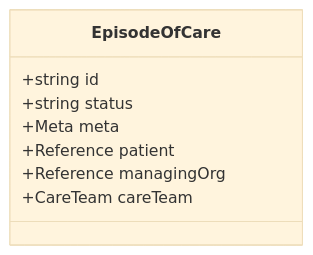
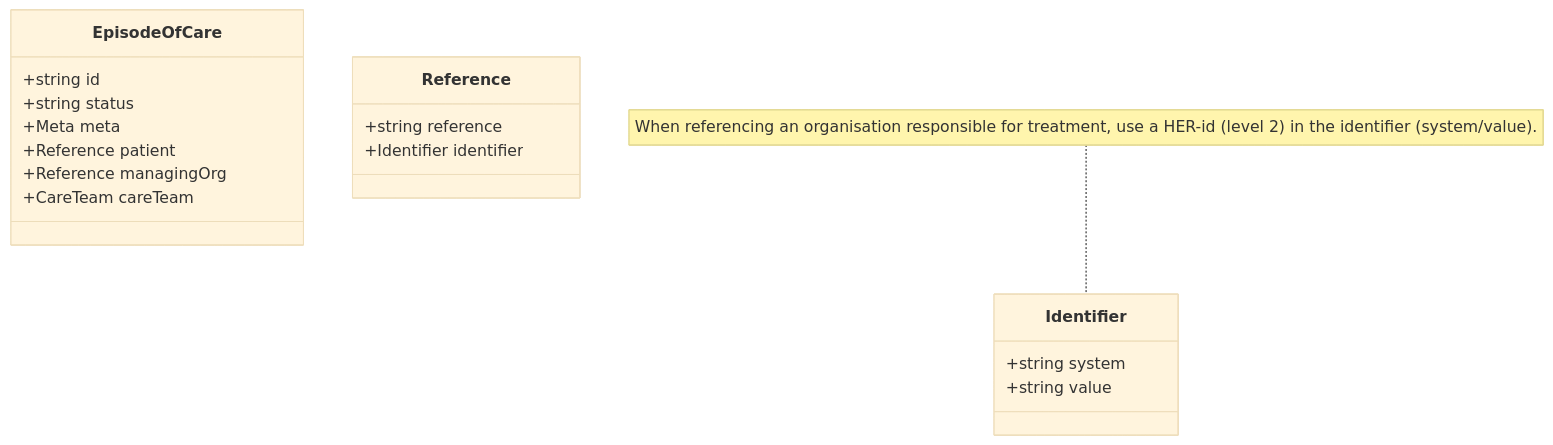
Before and after one commit to richardmax-visma/DigiHealth_Documentation: the diagram in APIs/Helsekontakt/AMQP Notifikasjon Helsekontakt/Classes/EpisodeOfCare.mmd, drawn with Mermaid (base theme). The commit also changed other lines of this file and 4 other files, not shown here.

````diff
--- a/APIs/Helsekontakt/AMQP Notifikasjon Helsekontakt/Classes/EpisodeOfCare.mmd
+++ b/APIs/Helsekontakt/AMQP Notifikasjon Helsekontakt/Classes/EpisodeOfCare.mmd
@@ -1,9 +1,24 @@
+```mermaid
 classDiagram
 class EpisodeOfCare {
   +string id
   +string status
   +Meta meta
   +Reference patient
   +Reference managingOrg
   +CareTeam careTeam
 }
+
+class Reference {
+  +string reference
+  +Identifier identifier
+}
+
+class Identifier {
+  +string system
+  +string value
+}
+
+note for Identifier "When referencing an organisation responsible for treatment, use a HER-id (level 2) in the identifier (system/value)."
+
+```
````
